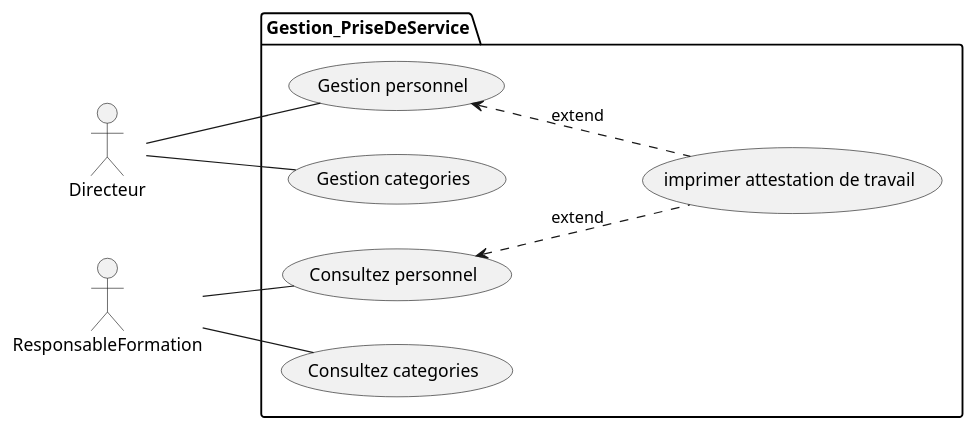
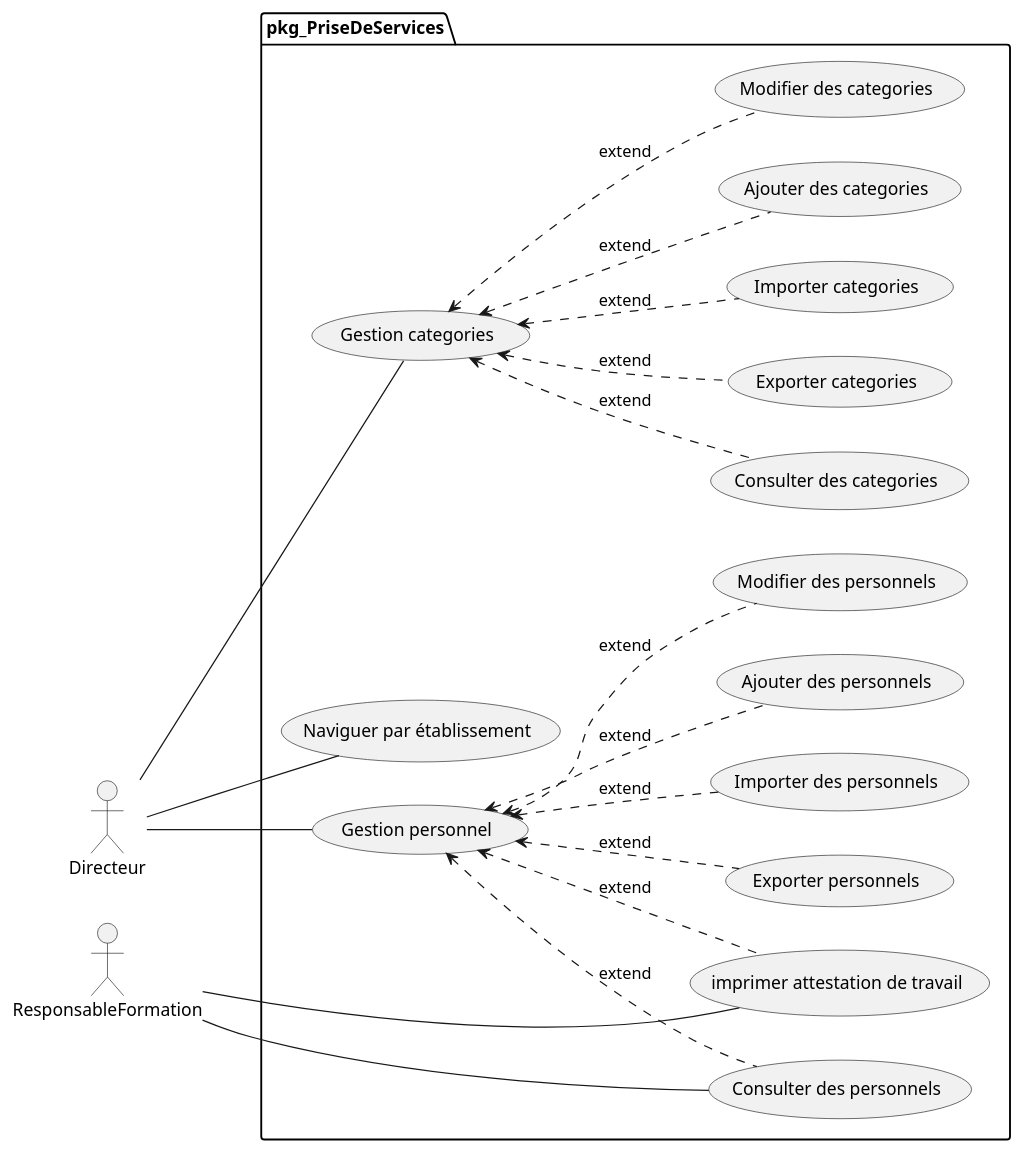
One commit to hamidAchaou/gestion-personnels changed the diagram in modélisation/pkg_PriseDeServices/cas-utilisation-pkg_PriseDeServices.puml. Above: the diagram before and after it, drawn with PlantUML. The commit also changed 2 other files, not shown here.

```diff
--- a/modélisation/pkg_PriseDeServices/cas-utilisation-pkg_PriseDeServices.puml
+++ b/modélisation/pkg_PriseDeServices/cas-utilisation-pkg_PriseDeServices.puml
@@ -1,20 +1,32 @@
-@startuml uses_cases_pkg_GestionPriseDeService
+@startuml  
+
 left to right direction
 
-actor Directeur as directeur
-actor ResponsableFormation as responsableFormation
+together {
+  actor Directeur as directeur
+  actor ResponsableFormation as responsableFormation
+}
 
-package Gestion_PriseDeService {
+package "pkg_PriseDeServices" {
 
+  directeur -- (Naviguer par établissement)
   directeur -- (Gestion personnel)
+  directeur -- (Gestion categories)
+  
+  (Gestion personnel) <.. (Ajouter des personnels) : extend
+  (Gestion personnel) <.. (Modifier des personnels) : extend
+  (Gestion personnel) <.. (Consulter des personnels) : extend
+  (Gestion personnel) <.. (Exporter personnels) : extend
+  (Gestion personnel) <.. (Importer des personnels) : extend
   (Gestion personnel) <.. (imprimer attestation de travail) : extend
-
-  responsableFormation -- (Consultez personnel)
-  (Consultez personnel) <.. (imprimer attestation de travail) : extend
-
-  directeur -- (Gestion categories)
-  responsableFormation -- (Consultez categories) 
-
+  (Gestion categories) <.. (Ajouter des categories) : extend
+  (Gestion categories) <.. (Modifier des categories) : extend
+  (Gestion categories) <.. (Consulter des categories) : extend
+  (Gestion categories) <.. (Exporter categories) : extend
+  (Gestion categories) <.. (Importer categories) : extend
+  
+  responsableFormation -- (Consulter des personnels)
+  responsableFormation -- (imprimer attestation de travail)
 }
 
 @enduml
```
